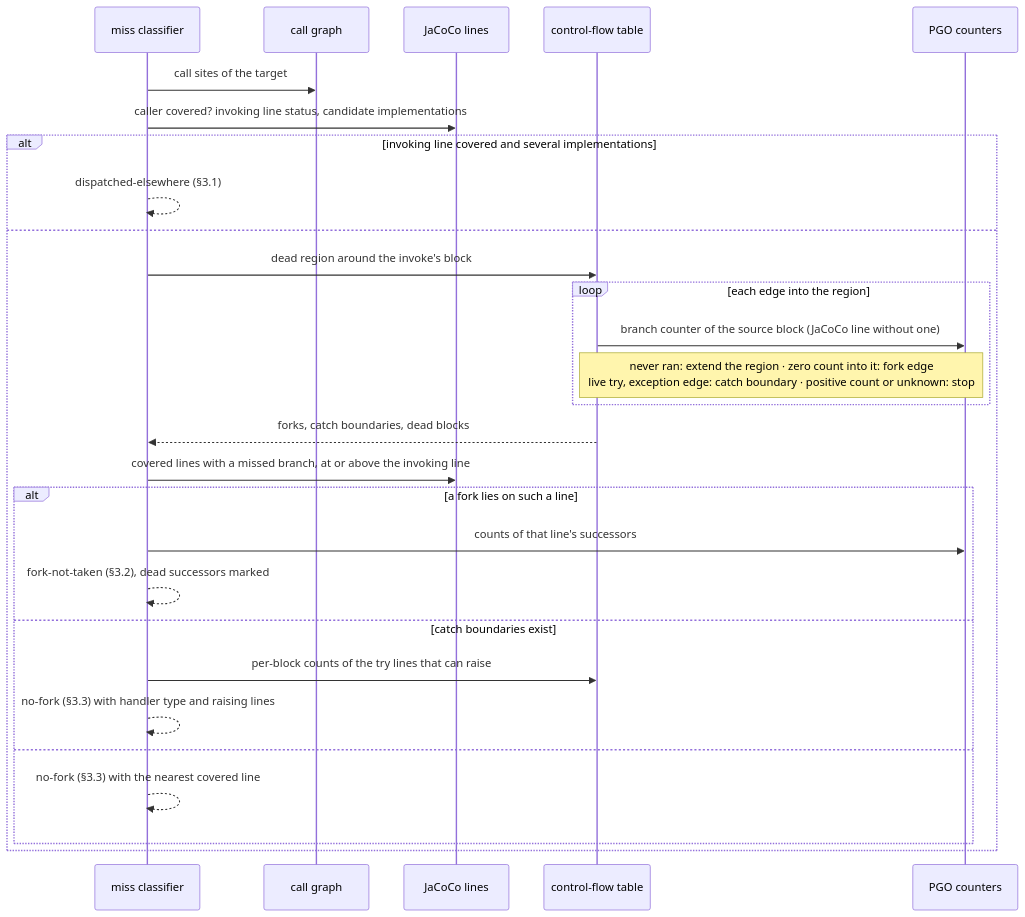
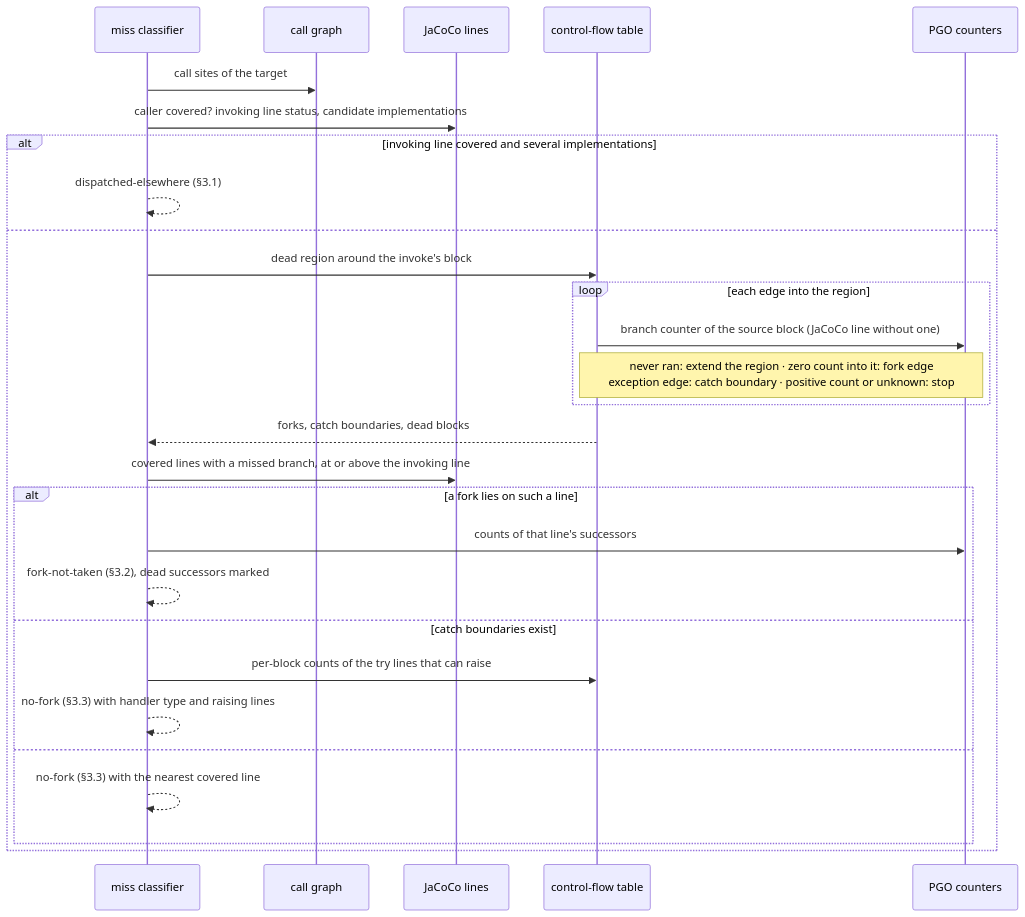
The diagram in forge/docs/architecture/code-coverage/deep-navigation.md (oracle/graalvm-reachability-metadata), drawn with Mermaid before and after one commit. The commit also changed other lines of this file, not shown here.

Commit message:
Spec: exception edges are catch boundaries, never walked

````diff
--- a/forge/docs/architecture/code-coverage/deep-navigation.md
+++ b/forge/docs/architecture/code-coverage/deep-navigation.md
@@ -168,30 +168,30 @@
 ```mermaid
 sequenceDiagram
     participant M as miss classifier
     participant G as call graph
     participant J as JaCoCo lines
     participant F as control-flow table
     participant P as PGO counters
     M->>G: call sites of the target
     M->>J: caller covered? invoking line status, candidate implementations
     alt invoking line covered and several implementations
         M-->>M: dispatched-elsewhere (§3.1)
     else
         M->>F: dead region around the invoke's block
         loop each edge into the region
             F->>P: branch counter of the source block (JaCoCo line without one)
-            Note over F,P: never ran: extend the region · zero count into it: fork edge<br/>live try, exception edge: catch boundary · positive count or unknown: stop
+            Note over F,P: never ran: extend the region · zero count into it: fork edge<br/>exception edge: catch boundary · positive count or unknown: stop
         end
         F-->>M: forks, catch boundaries, dead blocks
         M->>J: covered lines with a missed branch, at or above the invoking line
         alt a fork lies on such a line
             M->>P: counts of that line's successors
             M-->>M: fork-not-taken (§3.2), dead successors marked
         else catch boundaries exist
             M->>F: per-block counts of the try lines that can raise
             M-->>M: no-fork (§3.3) with handler type and raising lines
         else
             M-->>M: no-fork (§3.3) with the nearest covered line
         end
     end
 ```
````
